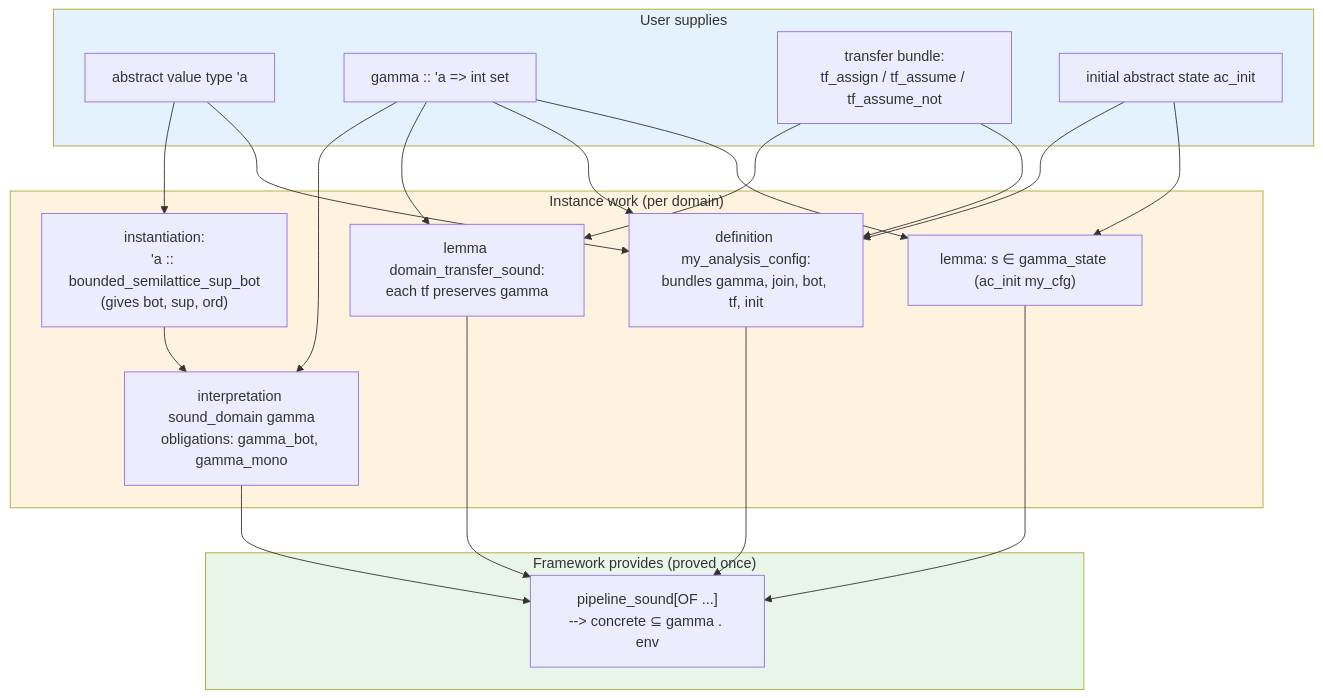
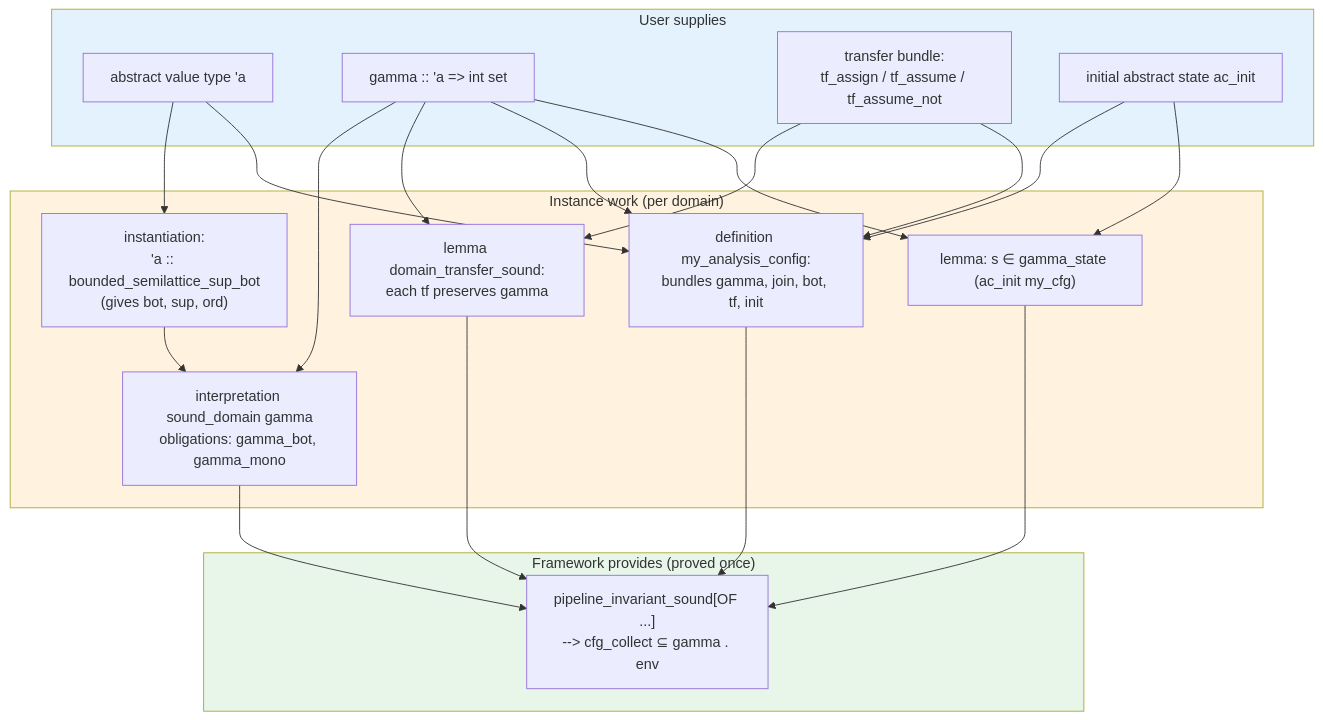
The second of 2 diagrams in README.md (ManuelLerchner/Voblint-Verification-Master-Thesis), drawn with Mermaid before and after one commit. The commit also changed other lines of this file and 17 other files, not shown here.

````diff
--- a/README.md
+++ b/README.md
@@ -87,40 +85,40 @@
 ```mermaid
 flowchart TD
   subgraph U ["User supplies"]
     T["abstract value type 'a"]
     G["gamma :: 'a => int set"]
     TF["transfer bundle:<br/>tf_assign / tf_assume / tf_assume_not"]
     INIT["initial abstract state ac_init"]
   end
 
   subgraph I ["Instance work (per domain)"]
     LAT["instantiation:<br/>'a :: bounded_semilattice_sup_bot<br/>(gives bot, sup, ord)"]
     SD["interpretation sound_domain gamma<br/>obligations: gamma_bot, gamma_mono"]
     DTS["lemma domain_transfer_sound:<br/>each tf preserves gamma"]
     AC["definition my_analysis_config:<br/>bundles gamma, join, bot, tf, init"]
     INITg["lemma: s ∈ gamma_state (ac_init my_cfg)"]
   end
 
   subgraph F ["Framework provides (proved once)"]
-    PS["pipeline_sound[OF ...]<br/>--&gt; concrete ⊆ gamma . env"]
+    PS["pipeline_invariant_sound[OF ...]<br/>--&gt; cfg_collect ⊆ gamma . env"]
   end
 
   T --> LAT --> SD
   G --> SD
   TF --> DTS
   G --> DTS
   T --> AC
   G --> AC
   TF --> AC
   INIT --> AC
   INIT --> INITg
   G --> INITg
   SD --> PS
   DTS --> PS
   AC --> PS
   INITg --> PS
 
   style U fill:#e3f2fd
   style I fill:#fff3e0
   style F fill:#e8f5e9
 ```
````
